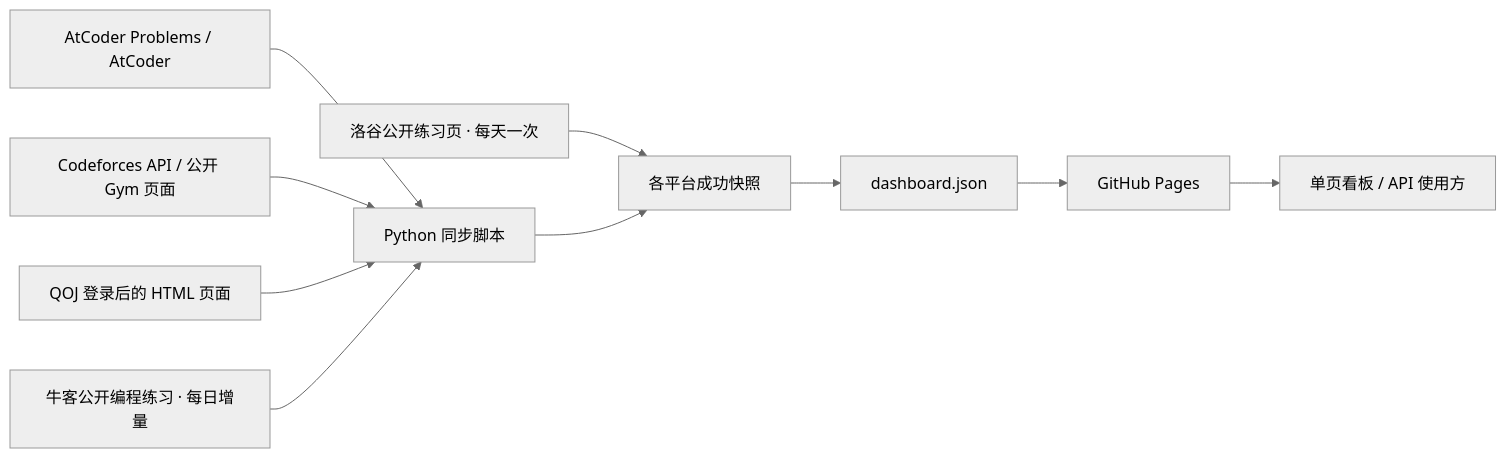
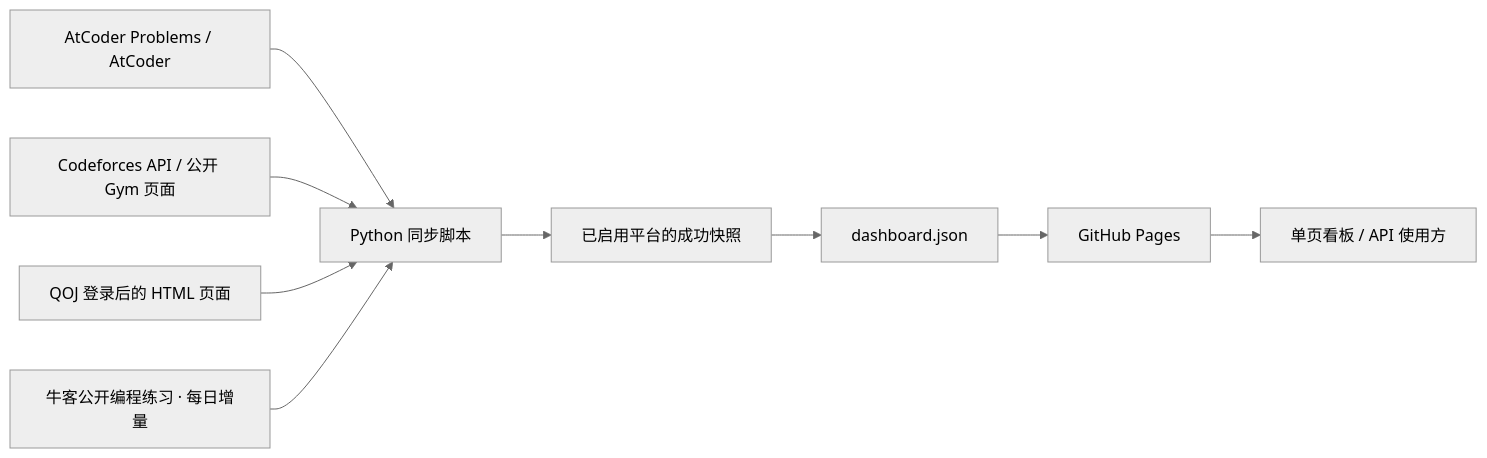
One commit to theLucius7/qwq changed the diagram in README.md. Above: the diagram before and after it, drawn with Mermaid (neutral theme). The commit also changed other lines of this file and 11 other files, not shown here.

````diff
--- a/README.md
+++ b/README.md
@@ -78,12 +77,11 @@
 ```mermaid
 flowchart LR
     A[AtCoder Problems / AtCoder] --> S[Python 同步脚本]
     C[Codeforces API / 公开 Gym 页面] --> S
     Q[QOJ 登录后的 HTML 页面] --> S
     N[牛客公开编程练习 · 每日增量] --> S
-    L[洛谷公开练习页 · 每天一次] --> P[各平台成功快照]
-    S --> P
+    S --> P[已启用平台的成功快照]
     P --> J[dashboard.json]
     J --> G[GitHub Pages]
     G --> U[单页看板 / API 使用方]
 ```
````
